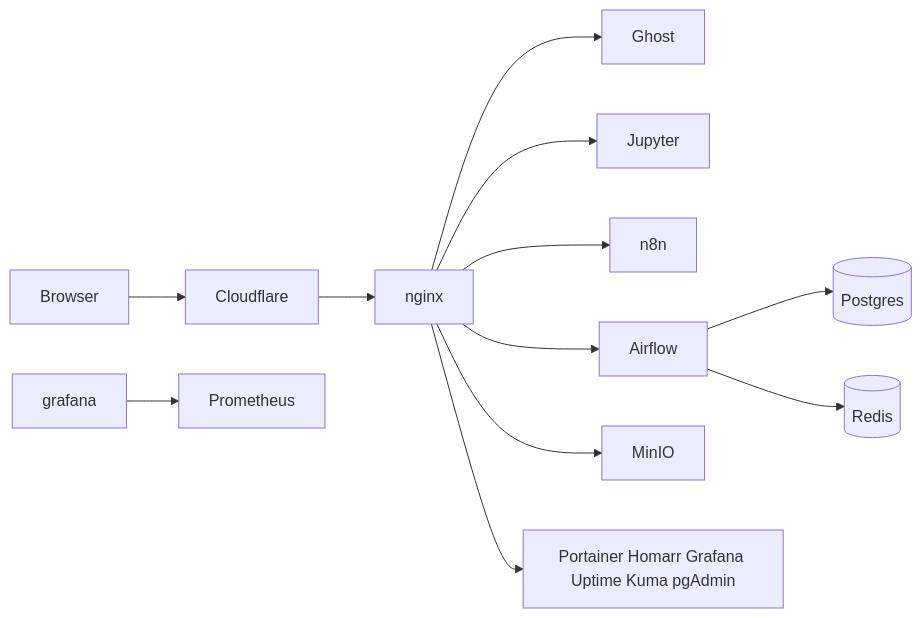
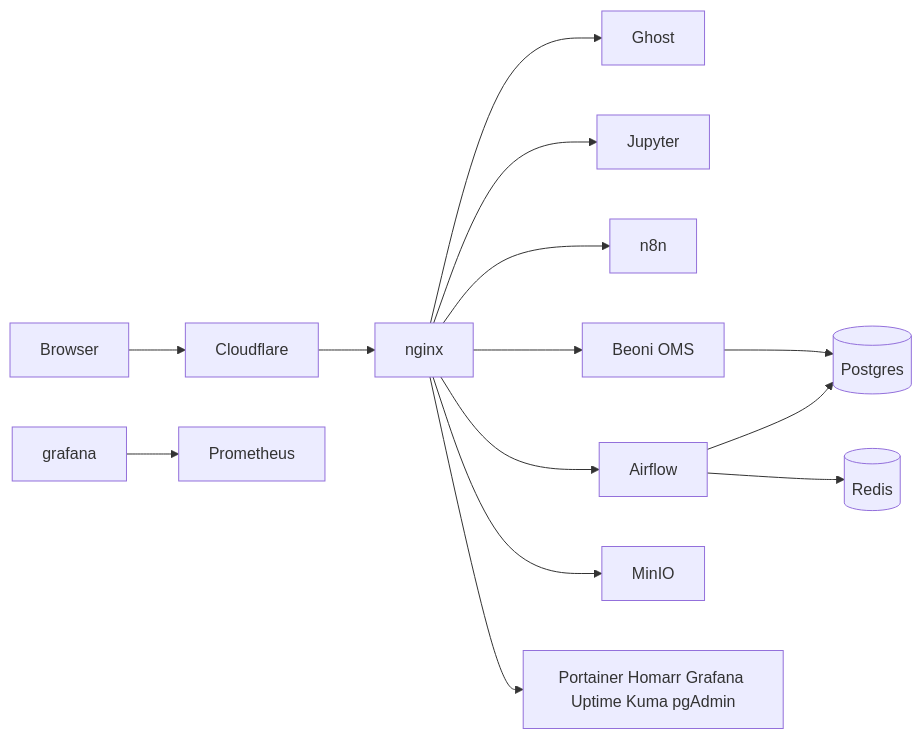
The diagram in README.md (NghiaNguyen170192/my-linux-server), drawn with Mermaid before and after one commit. The commit also changed other lines of this file and 7 other files, not shown here.

Commit message:
update to include beoni-oms

````diff
--- a/README.md
+++ b/README.md
@@ -9,14 +9,16 @@
 ```mermaid
 flowchart LR
   client[Browser] --> cf[Cloudflare]
   cf --> nginx[nginx]
   nginx --> ghost[Ghost]
   nginx --> notebooks[Jupyter]
   nginx --> n8n[n8n]
+  nginx --> beoni[Beoni OMS]
   nginx --> airflow[Airflow]
   nginx --> minio[MinIO]
   nginx --> admin[Portainer Homarr Grafana Uptime Kuma pgAdmin]
   airflow --> pg[(Postgres)]
+  beoni --> pg
   airflow --> redis[(Redis)]
   grafana --> prom[Prometheus]
 ```
````
